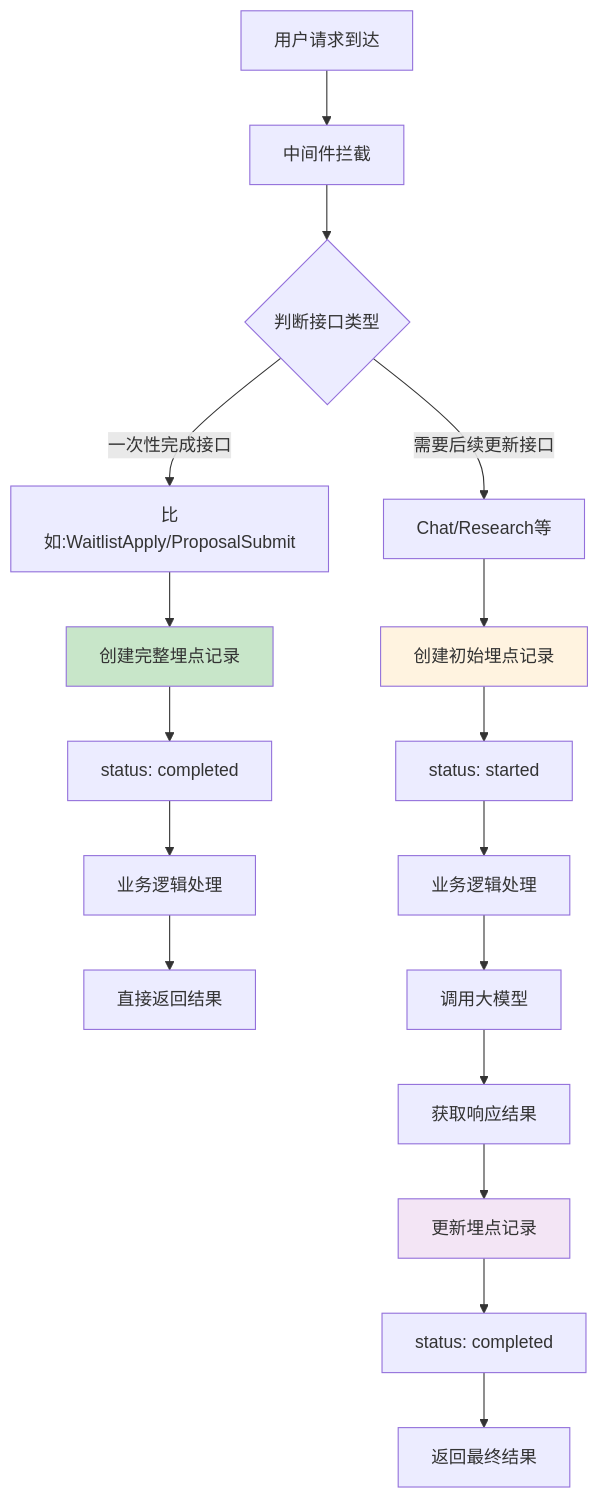
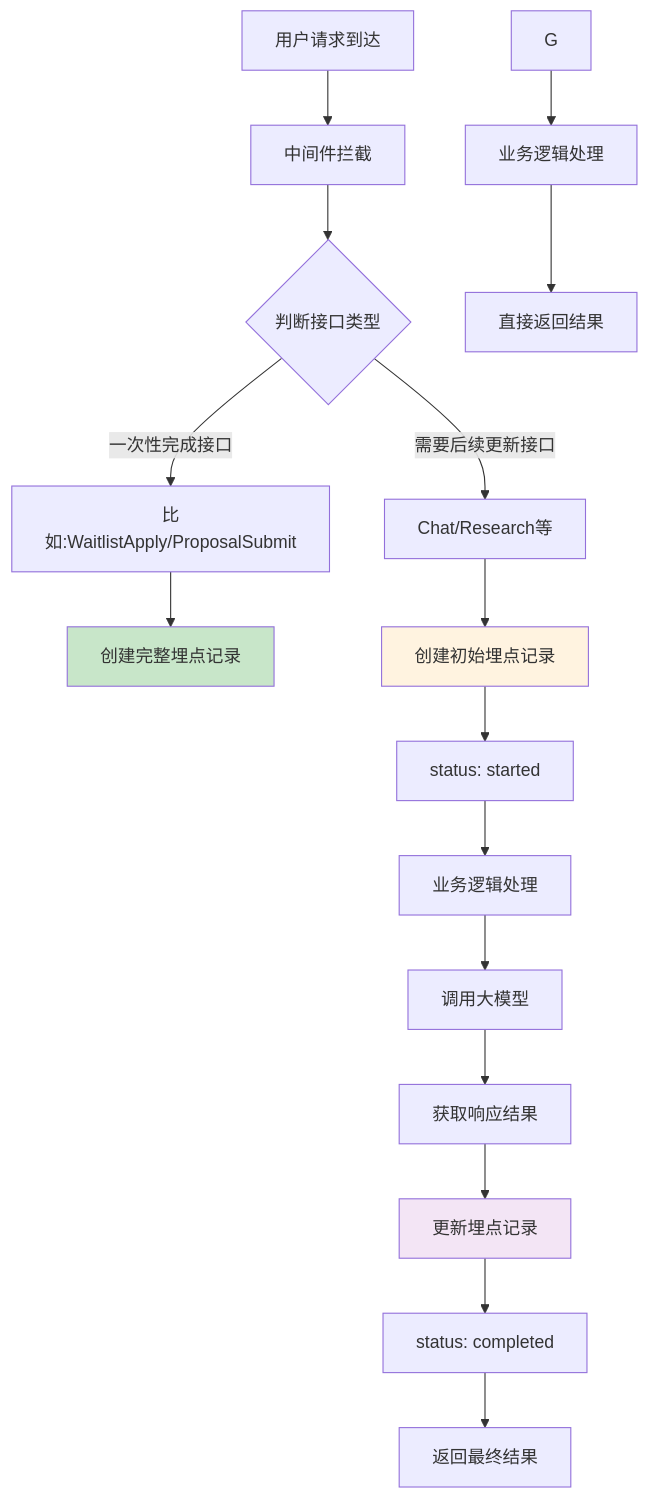
Before and after one commit to yingjianzh/iodraw-files: the diagram in all/未命名-78.md, drawn with Mermaid.

Commit message:
2025-07-08 17:16:16 update

````diff
--- a/all/未命名-78.md
+++ b/all/未命名-78.md
@@ -1,26 +1,25 @@
 ```mermaid
 flowchart TD
     A[用户请求到达] --> B[中间件拦截]
     B --> C{判断接口类型}
     
     C -->|一次性完成接口| D[比如:WaitlistApply/ProposalSubmit]
     C -->|需要后续更新接口| E[Chat/Research等]
     
     D --> F[创建完整埋点记录]
-    F --> G[status: completed]
     G --> H[业务逻辑处理]
     H --> I[直接返回结果]
     
     E --> J[创建初始埋点记录]
     J --> K[status: started]
     K --> L[业务逻辑处理]
     L --> M[调用大模型]
     M --> N[获取响应结果]
     N --> O[更新埋点记录]
     O --> P[status: completed]
     P --> Q[返回最终结果]
     
     style F fill:#c8e6c9
     style J fill:#fff3e0
     style O fill:#f3e5f5
 ```
````
